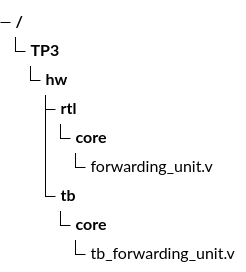
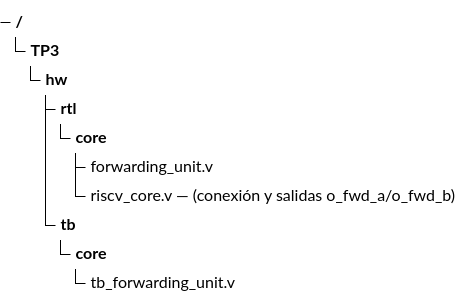
One commit to nicopinera/tps-arqui changed diagram 21 of 47 in docs/PRD-pipeline-riscv.md. Above: the diagram before and after it, drawn with Mermaid (neutral theme). The commit also changed other lines of this file and 32 other files, not shown here.

````diff
--- a/docs/PRD-pipeline-riscv.md
+++ b/docs/PRD-pipeline-riscv.md
@@ -1203,11 +1251,12 @@
 ```mermaid
 treeView-beta
     "TP3/"
         "hw/"
             "rtl/"
                 "core/"
                     "forwarding_unit.v"
+                    "riscv_core.v — (conexión y salidas o_fwd_a/o_fwd_b)"
             "tb/"
                 "core/"
                     "tb_forwarding_unit.v"
 ```
````
